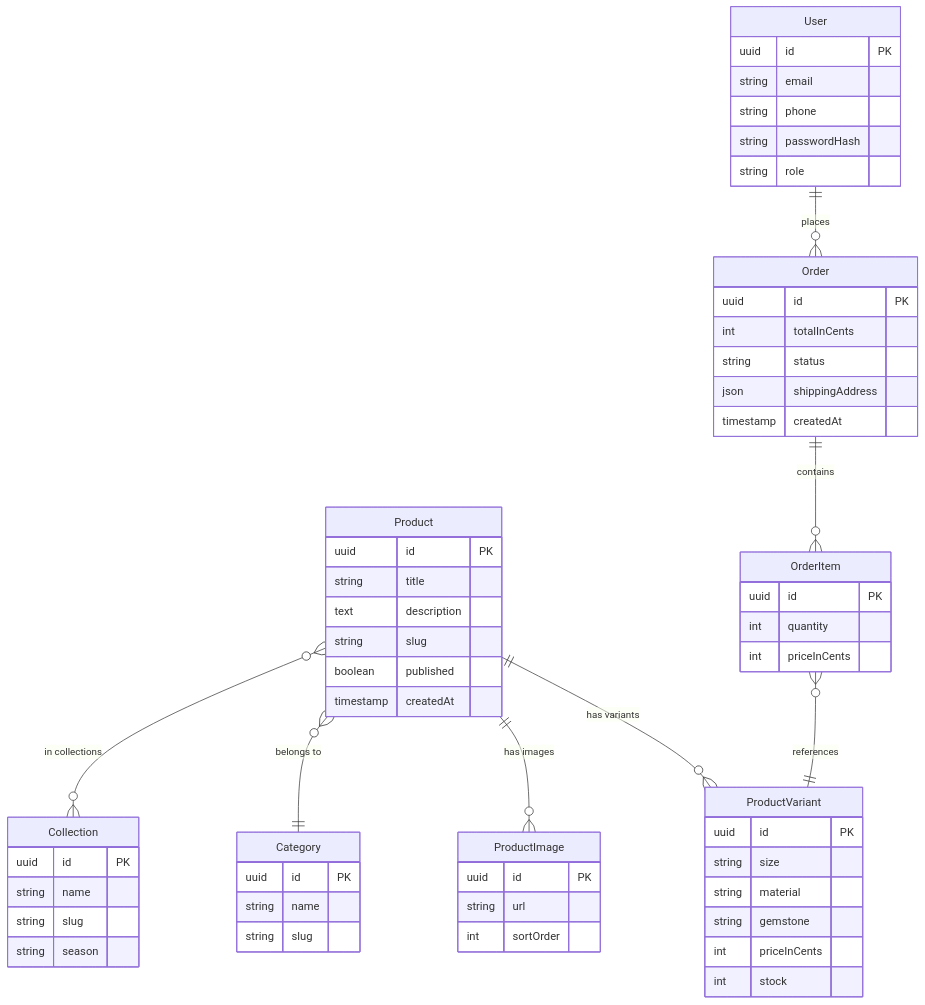
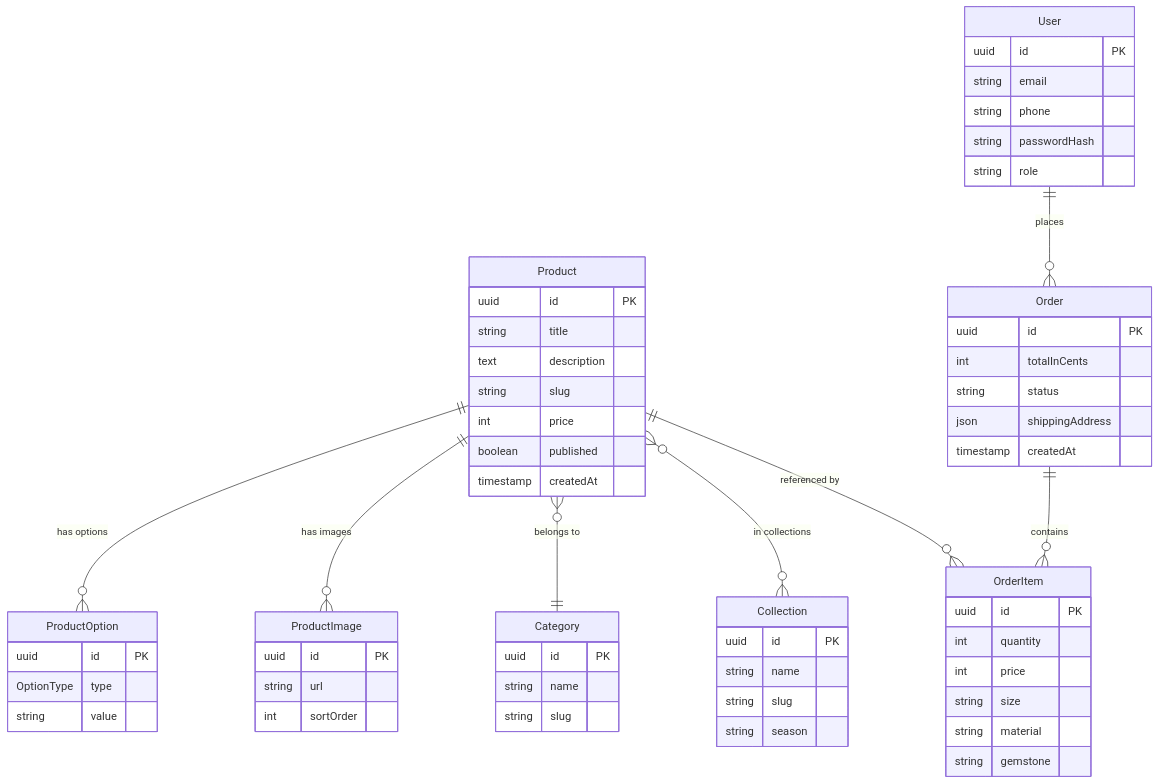
The first of 2 diagrams in docs/requirements.md (vitalii-karpiv/stan), drawn with Mermaid before and after one commit. The commit also changed other lines of this file and 19 other files, not shown here.

Commit message:
Refactor product management to replace variants with options, allowing independent configuration of size, material, and gemstone. Update related components and database schema to reflect this change. Enhance storefront and admin interfaces for improved product handling and display.

````diff
--- a/docs/requirements.md
+++ b/docs/requirements.md
@@ -60,62 +60,63 @@
 ```mermaid
 erDiagram
     Product {
         uuid id PK
         string title
         text description
         string slug
+        int price
         boolean published
         timestamp createdAt
     }
     Category {
         uuid id PK
         string name
         string slug
     }
     Collection {
         uuid id PK
         string name
         string slug
         string season
     }
-    ProductVariant {
+    ProductOption {
         uuid id PK
-        string size
-        string material
-        string gemstone
-        int priceInCents
-        int stock
+        OptionType type
+        string value
     }
     ProductImage {
         uuid id PK
         string url
         int sortOrder
     }
     User {
         uuid id PK
         string email
         string phone
         string passwordHash
         string role
     }
     Order {
         uuid id PK
         int totalInCents
         string status
         json shippingAddress
         timestamp createdAt
     }
     OrderItem {
         uuid id PK
         int quantity
-        int priceInCents
+        int price
+        string size
+        string material
+        string gemstone
     }
 
-    Product ||--o{ ProductVariant : "has variants"
+    Product ||--o{ ProductOption : "has options"
     Product ||--o{ ProductImage : "has images"
     Product }o--|| Category : "belongs to"
     Product }o--o{ Collection : "in collections"
+    Product ||--o{ OrderItem : "referenced by"
     User ||--o{ Order : "places"
     Order ||--o{ OrderItem : "contains"
-    OrderItem }o--|| ProductVariant : "references"
 ```
````
